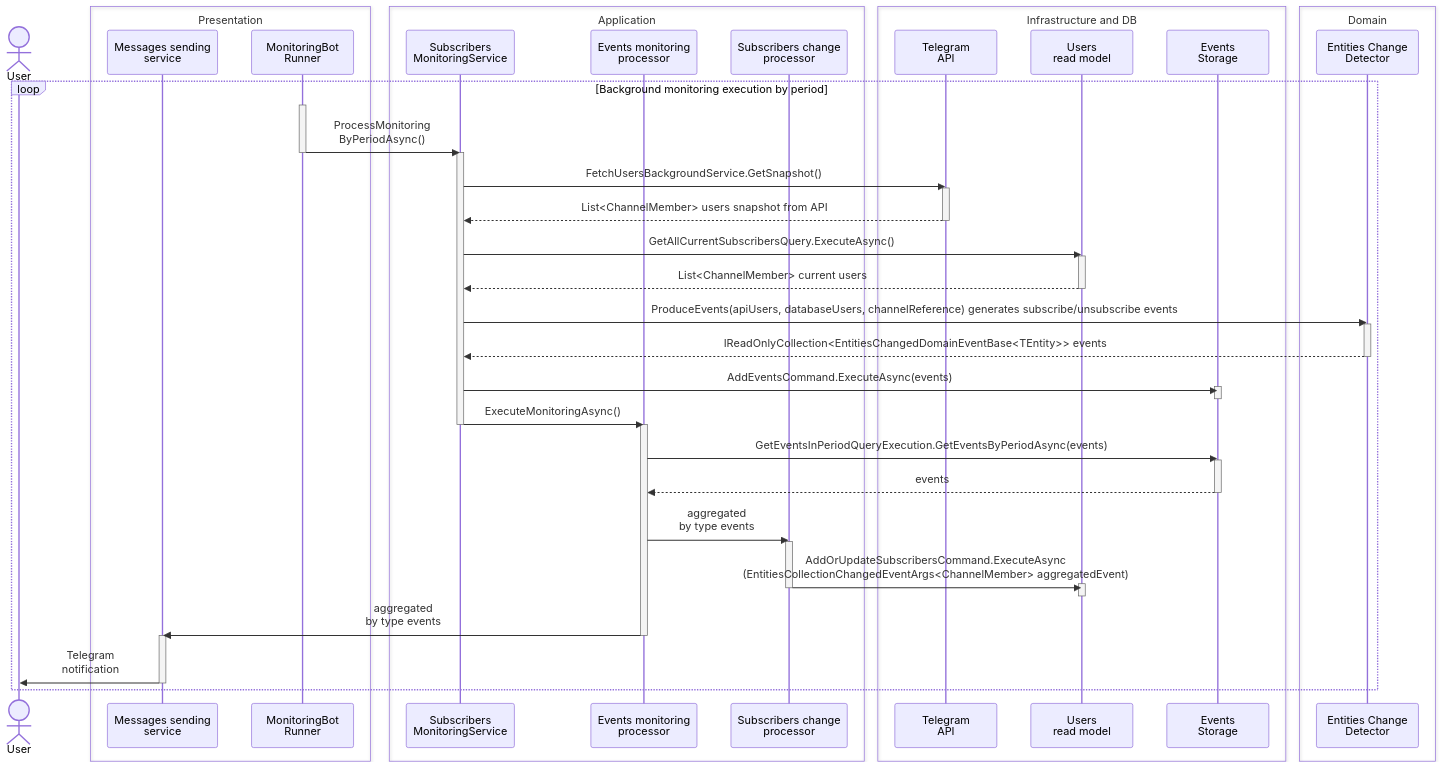
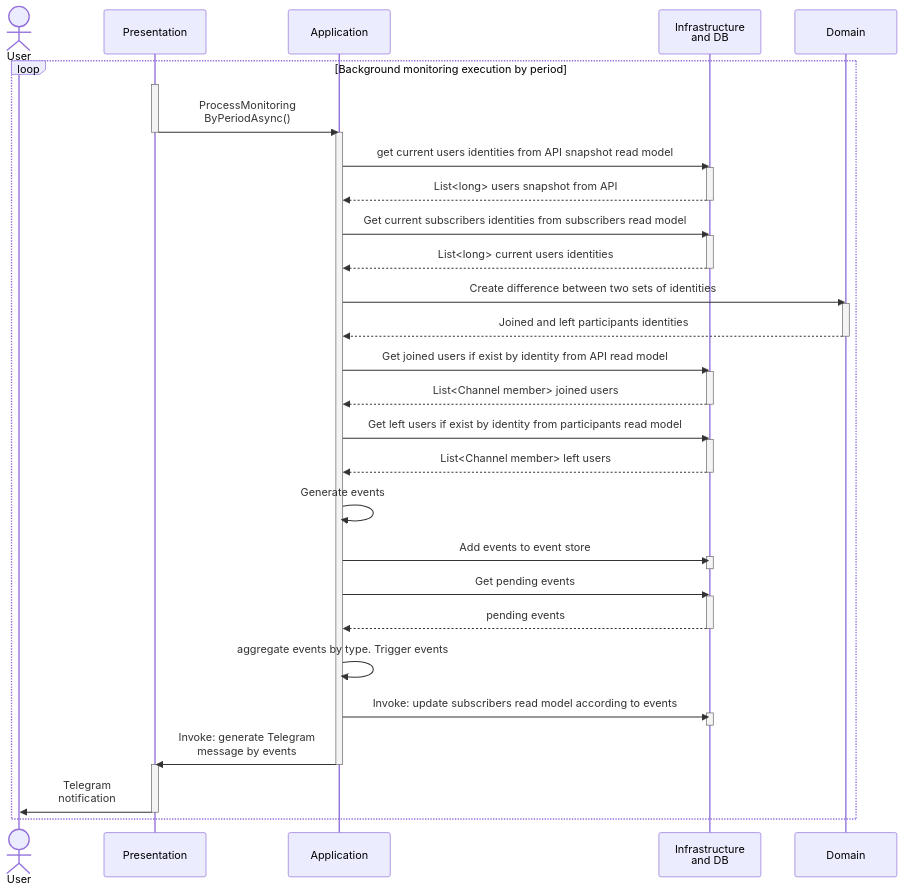
Before and after one commit to paraglideralex/tg-channel-monitoring: the fourth of 6 diagrams in readme.md, drawn with Mermaid. The commit also changed other lines of this file and 13 other files, not shown here.

````diff
--- a/readme.md
+++ b/readme.md
@@ -46,121 +128,71 @@
 sequenceDiagram
 actor User
 
-  
+participant Presentation as Presentation
 
-box Presentation
+participant Application as Application
 
-participant MessagesSendingService as Messages sending<br>service
-	participant MonitoringBotRunner as MonitoringBot<br>Runner
-end
+participant Infrastructure as Infrastructure<br>and DB
 
-  
+participant Domain as Domain
 
-    box Application
+loop Background monitoring execution by period
+	activate Presentation
+		Presentation ->> Application: ProcessMonitoring<br>ByPeriodAsync()
+	deactivate Presentation
+	
+    activate Application
+        Application->>Infrastructure: get current users identities from API snapshot read model
+        activate Infrastructure
+	        Infrastructure -->> Application: List<long> users snapshot from API
+        deactivate Infrastructure
 
-participant SubscribersMonitoringService as Subscribers<br>MonitoringService
+        Application->>Infrastructure: Get current subscribers identities from subscribers read model
 
-    participant EventsMonitoringProcessor as Events monitoring<br>processor
+        activate Infrastructure
+        Infrastructure-->>Application: List<long> current users identities
+        deactivate Infrastructure
 
-    participant SubscribersChangeProcessor as Subscribers change<br>processor
+        Application ->> Domain: Create difference between two sets of identities
 
-    end
+        activate Domain
+        Domain -->> Application: Joined and left participants identities
+        deactivate Domain
+       
+		Application ->> Infrastructure: Get joined users if exist by identity from API read model
+		activate Infrastructure
+        Infrastructure-->>Application: List<Channel member> joined users
+        deactivate Infrastructure
 
-    box Infrastructure and DB
+		Application ->> Infrastructure: Get left users if exist by identity from participants read model
+		activate Infrastructure
+        Infrastructure-->>Application: List<Channel member> left users
+        deactivate Infrastructure
 
-    participant TgApi as Telegram<br>API
+		Application ->> Application: Generate events
 
-    participant UsersReadModel as Users<br>read model
+        Application ->> Infrastructure: Add events to event store
+        activate Infrastructure
+        deactivate Infrastructure
+              
+        Application ->> Infrastructure: Get pending events
 
-    participant EventsStorage as Events<br>Storage
+        activate Infrastructure 
+        Infrastructure -->> Application: pending events
+        deactivate Infrastructure
 
-    end
+        Application ->> Application: aggregate events by type. Trigger events
 
-  
+        Application ->> Infrastructure: Invoke: update subscribers read model according to events
+        activate Infrastructure
+        deactivate Infrastructure       
 
-    box Domain
-
-    participant ChangeDetector as Entities Change<br>Detector
-
-    end
-loop Background monitoring execution by period
-  activate MonitoringBotRunner
-MonitoringBotRunner ->> SubscribersMonitoringService: ProcessMonitoring<br>ByPeriodAsync()
-deactivate MonitoringBotRunner
-    activate SubscribersMonitoringService
-
-  
-	
-        SubscribersMonitoringService->>TgApi: FetchUsersBackgroundService.GetSnapshot()
-
-        activate TgApi
-
-        TgApi -->> SubscribersMonitoringService: List<ChannelMember> users snapshot from API
-
-        deactivate TgApi
-
-        SubscribersMonitoringService->>UsersReadModel: GetAllCurrentSubscribersQuery.ExecuteAsync()
-
-        activate UsersReadModel
-
-        UsersReadModel-->>SubscribersMonitoringService: List<ChannelMember> current users
-
-        deactivate UsersReadModel
-
-        SubscribersMonitoringService ->> ChangeDetector: ProduceEvents(apiUsers, databaseUsers, channelReference) generates subscribe/unsubscribe events
-
-        activate ChangeDetector
-
-        ChangeDetector -->> SubscribersMonitoringService: IReadOnlyCollection<EntitiesChangedDomainEventBase<TEntity>> events
-
-        deactivate ChangeDetector
-
-        SubscribersMonitoringService ->> EventsStorage: AddEventsCommand.ExecuteAsync(events)
-
-    
-
-        activate EventsStorage
-
-        deactivate EventsStorage
-        
-       SubscribersMonitoringService ->> EventsMonitoringProcessor: ExecuteMonitoringAsync()
-       
-       deactivate SubscribersMonitoringService
-activate EventsMonitoringProcessor
-        EventsMonitoringProcessor ->> EventsStorage: GetEventsInPeriodQueryExecution.GetEventsByPeriodAsync(events)
-
-        activate EventsStorage
-
-  
-
-        
-
-        EventsStorage -->> EventsMonitoringProcessor: events
-
-        deactivate EventsStorage
-
-        EventsMonitoringProcessor ->> SubscribersChangeProcessor: aggregated<br/>by type events
-
-        activate SubscribersChangeProcessor
-
-        SubscribersChangeProcessor ->> UsersReadModel: AddOrUpdateSubscribersCommand.ExecuteAsync<br/>(EntitiesCollectionChangedEventArgs<ChannelMember> aggregatedEvent)
-
-        activate UsersReadModel
-
-        deactivate UsersReadModel
-
-        deactivate SubscribersChangeProcessor
-        
-
-        EventsMonitoringProcessor ->> MessagesSendingService: aggregated<br/>by type events
-
-        deactivate EventsMonitoringProcessor
-
-        activate MessagesSendingService
-
-        MessagesSendingService ->> User: Telegram<br/>notification
-
-        deactivate MessagesSendingService
+        Application ->> Presentation: Invoke: generate Telegram<br>message by events
+		deactivate Application
+		
+        activate Presentation
+        Presentation ->> User: Telegram<br/>notification
+        deactivate Presentation
         
 end
 ```
````
